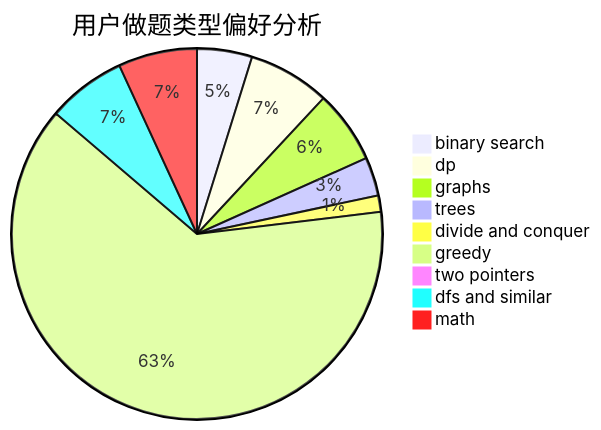
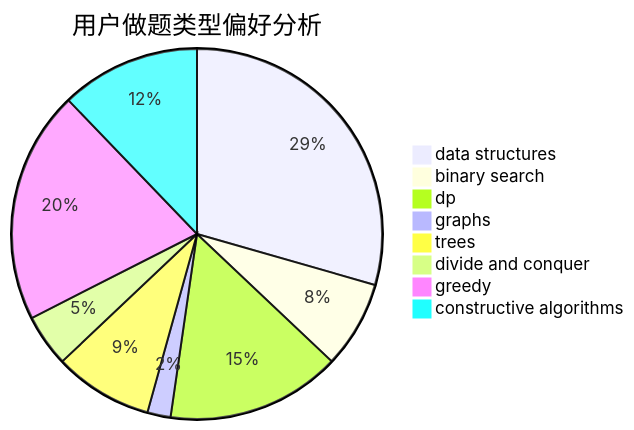
Before and after one commit to sherpahu/cfrs.github.io: the second of 3 diagrams in docs/user/u2113.md, drawn with Mermaid. The commit also changed other lines of this file and 2775 other files, not shown here.

````diff
--- a/docs/user/u2113.md
+++ b/docs/user/u2113.md
@@ -23,12 +23,11 @@
 ```mermaid
 pie title 用户做题类型偏好分析
-    "binary search" :  37
-    "dp" :  55
-    "graphs" :  49
-    "trees" :  26
-    "divide and conquer" :  11
-    "greedy" :  487
-    "two pointers" :  0
-    "dfs and similar" :  53
-    "math" :  53
+    "data structures" :  58
+    "binary search" :  15
+    "dp" :  30
+    "graphs" :  4
+    "trees" :  17
+    "divide and conquer" :  9
+    "greedy" :  40
+    "constructive algorithms" :  24
 ```
````
